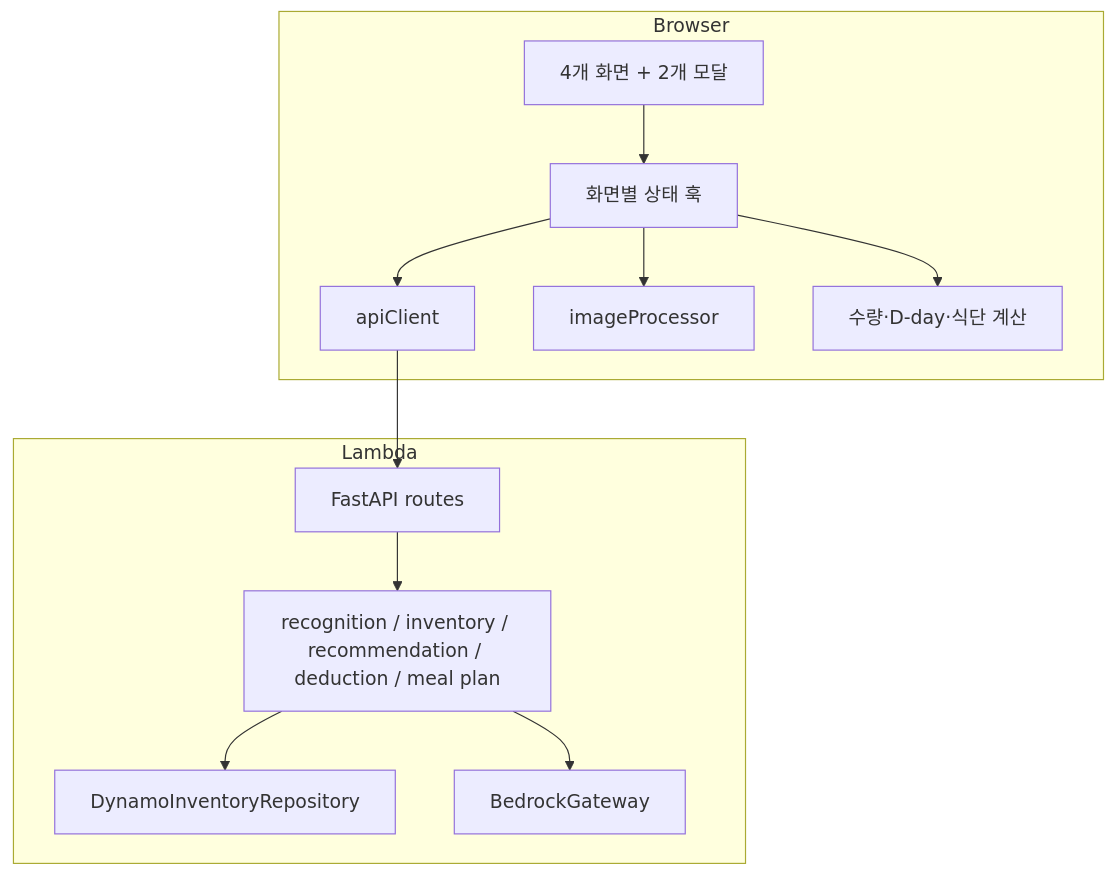
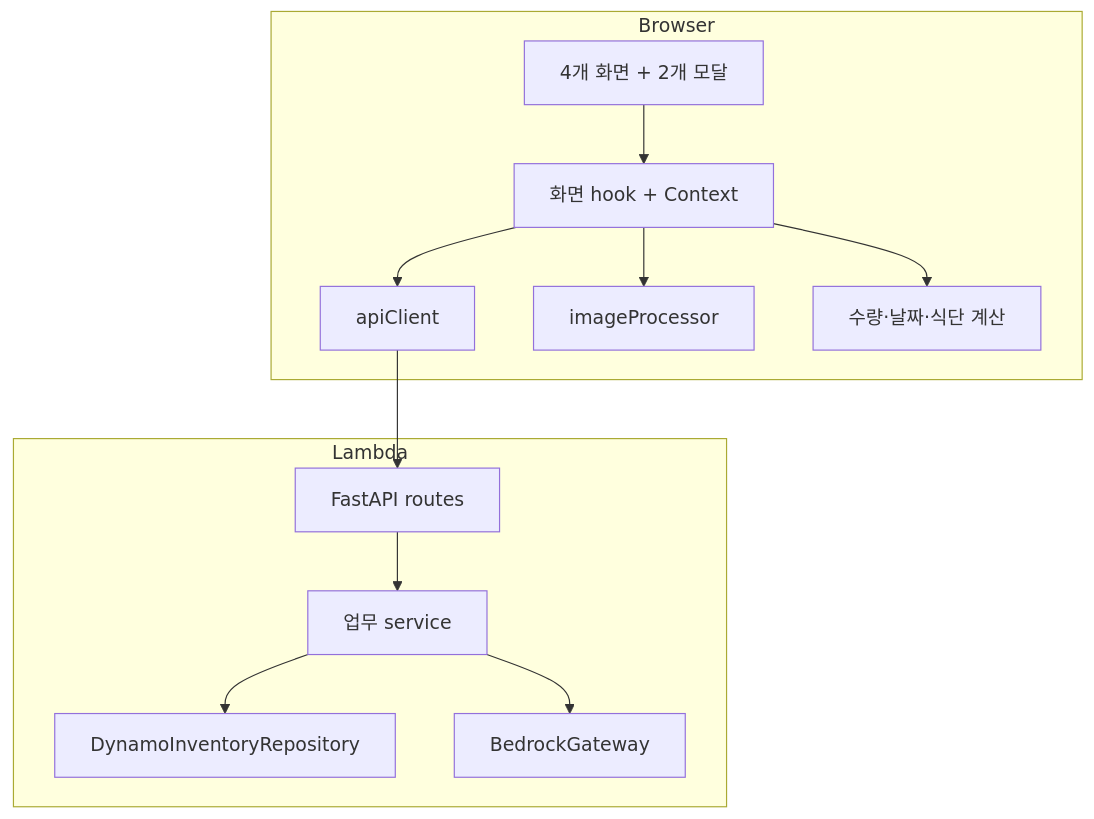
Before and after one commit to haramsong/kirothon-team-015: the second of 4 diagrams in .kiro/specs/refrigerator-management-mvp/design.md, drawn with Mermaid. The commit also changed other lines of this file and 61 other files, not shown here.

````diff
--- a/.kiro/specs/refrigerator-management-mvp/design.md
+++ b/.kiro/specs/refrigerator-management-mvp/design.md
@@ -70,24 +68,24 @@
 ```mermaid
 flowchart TB
     subgraph Browser
       Pages[4개 화면 + 2개 모달]
-      Hooks[화면별 상태 훅]
+      State[화면 hook + Context]
       Api[apiClient]
-      Img[imageProcessor]
-      Logic[수량·D-day·식단 계산]
-      Pages --> Hooks
-      Hooks --> Api
-      Hooks --> Img
-      Hooks --> Logic
+      Image[imageProcessor]
+      Logic[수량·날짜·식단 계산]
+      Pages --> State
+      State --> Api
+      State --> Image
+      State --> Logic
     end
     subgraph Lambda
       Routes[FastAPI routes]
-      Services[recognition / inventory / recommendation / deduction / meal plan]
+      Services[업무 service]
       Repo[DynamoInventoryRepository]
-      Bedrock[BedrockGateway]
+      Gateway[BedrockGateway]
       Routes --> Services
       Services --> Repo
-      Services --> Bedrock
+      Services --> Gateway
     end
     Api --> Routes
 ```
````
